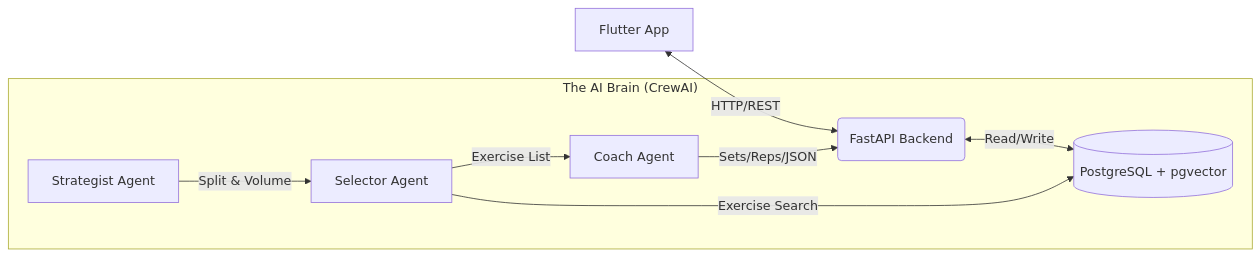
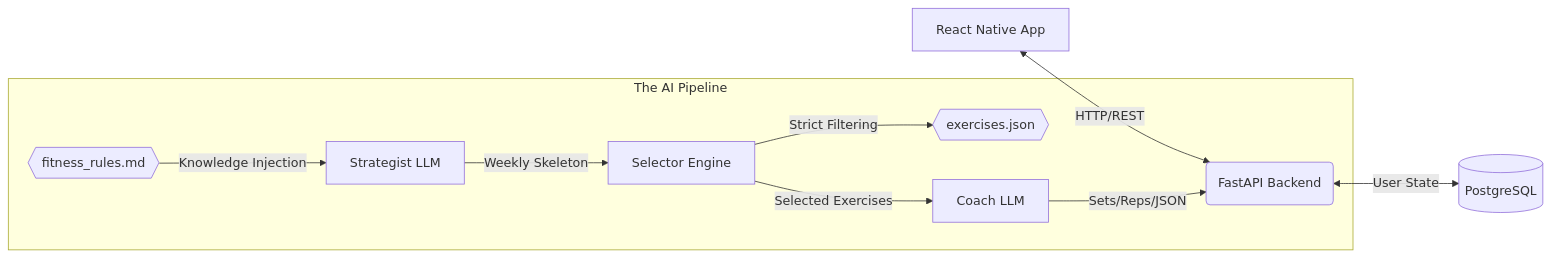
Before and after one commit to EmanueleCeglia/LazyTrainerApp: the diagram in README.md, drawn with Mermaid. The commit also changed other lines of this file and 44 other files, not shown here.

Commit message:
feat: knowledge-driven pipeline, React Native frontend, modify exercises & restructure features

````diff
--- a/README.md
+++ b/README.md
@@ -13,13 +13,13 @@
 ```mermaid
 graph LR
-    A[Flutter App] <-->|HTTP/REST| B(FastAPI Backend)
-    B <-->|Read/Write| D[(PostgreSQL + pgvector)]
+    A[React Native App] <-->|HTTP/REST| B(FastAPI Backend)
+    B <-->|User State| D[(PostgreSQL)]
     
-    subgraph "The AI Brain (CrewAI)"
-        S[Strategist Agent] -->|Split & Volume| L[Selector Agent]
-        L -->|Exercise Search| D
-        L -->|Exercise List| C[Coach Agent]
+    subgraph "The AI Pipeline"
+        R{{fitness_rules.md}} -->|Knowledge Injection| S
+        S[Strategist LLM] -->|Weekly Skeleton| L[Selector Engine]
+        L -->|Strict Filtering| E{{exercises.json}}
+        L -->|Selected Exercises| C[Coach LLM]
         C -->|Sets/Reps/JSON| B
     end
-
 ```
````
